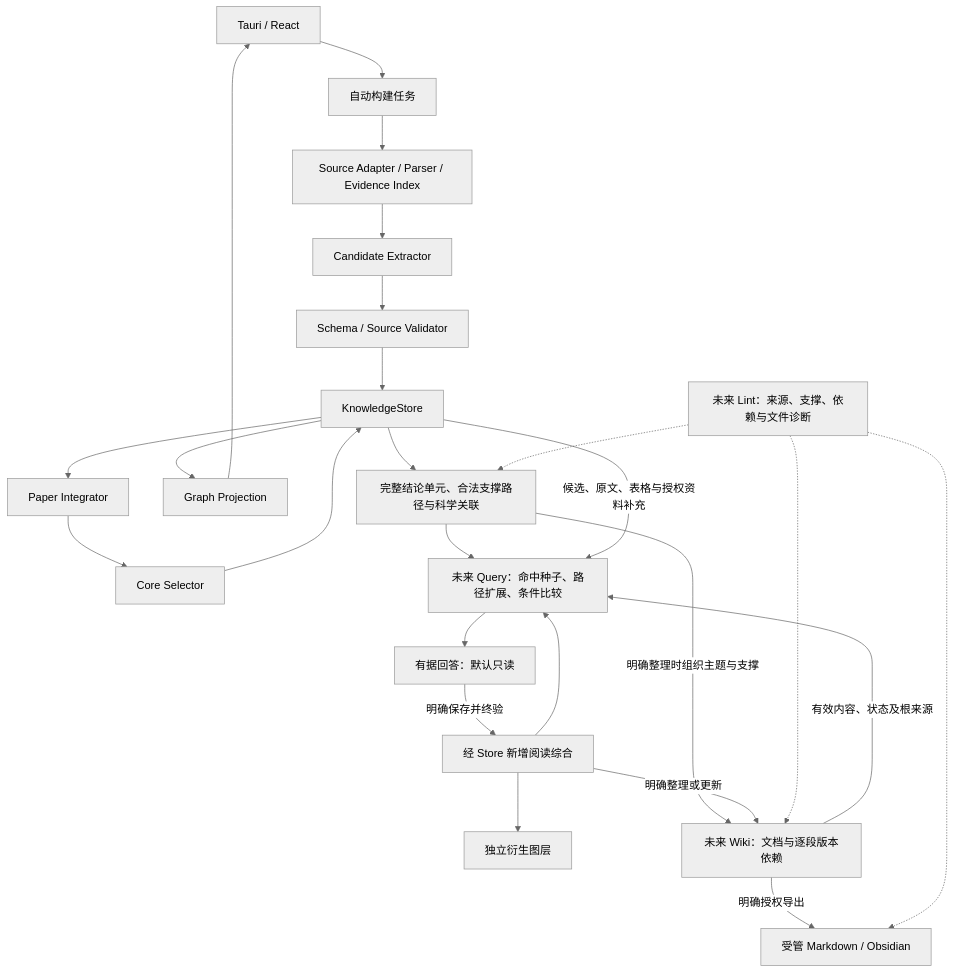
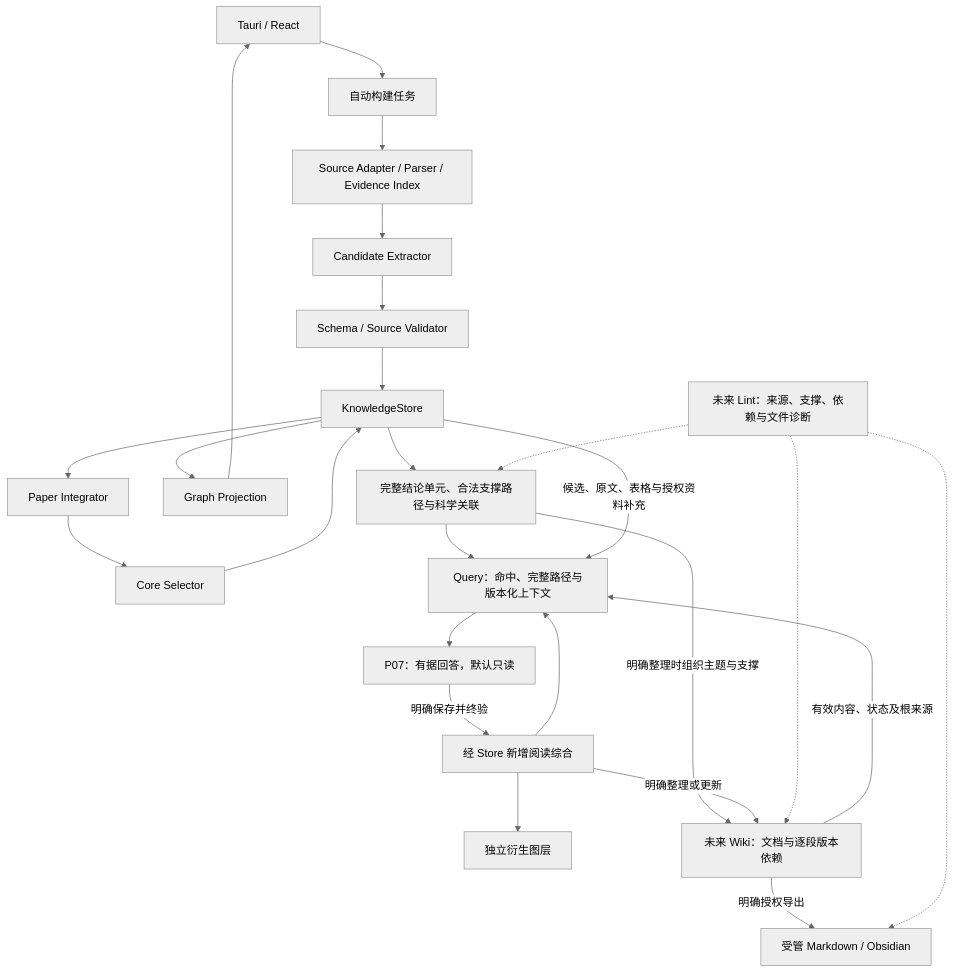
One commit to KLucen/ResearchGraphStudio changed the diagram in docs/02_architecture_and_workflows.md. Above: the diagram before and after it, drawn with Mermaid (neutral theme). The commit also changed other lines of this file and 103 other files, not shown here.

````diff
--- a/docs/02_architecture_and_workflows.md
+++ b/docs/02_architecture_and_workflows.md
@@ -7,27 +9,27 @@
 ```mermaid
 flowchart TD
   UI[Tauri / React] --> JOB[自动构建任务]
   JOB --> SRC[Source Adapter / Parser / Evidence Index]
   SRC --> EX[Candidate Extractor]
   EX --> VAL[Schema / Source Validator]
   VAL --> KS[KnowledgeStore]
   KS --> INT[Paper Integrator]
   INT --> SEL[Core Selector]
   SEL --> KS
   KS --> GP[Graph Projection]
   GP --> UI
   KS --> STRUCT[完整结论单元、合法支撑路径与科学关联]
-  STRUCT --> QUERY[未来 Query：命中种子、路径扩展、条件比较]
+  STRUCT --> QUERY[Query：命中、完整路径与版本化上下文]
   KS -->|候选、原文、表格与授权资料补充| QUERY
-  QUERY --> ANSWER[有据回答：默认只读]
+  QUERY --> ANSWER[P07：有据回答，默认只读]
   ANSWER -->|明确保存并终验| SAVE[经 Store 新增阅读综合]
   SAVE --> DERIVED[独立衍生图层]
   SAVE --> QUERY
   STRUCT -->|明确整理时组织主题与支撑| WIKI[未来 Wiki：文档与逐段版本依赖]
   SAVE -->|明确整理或更新| WIKI
   WIKI -->|有效内容、状态及根来源| QUERY
   WIKI -->|明确授权导出| MD[受管 Markdown / Obsidian]
   LINT[未来 Lint：来源、支撑、依赖与文件诊断] -.-> STRUCT
   LINT -.-> WIKI
   LINT -.-> MD
 ```
````
